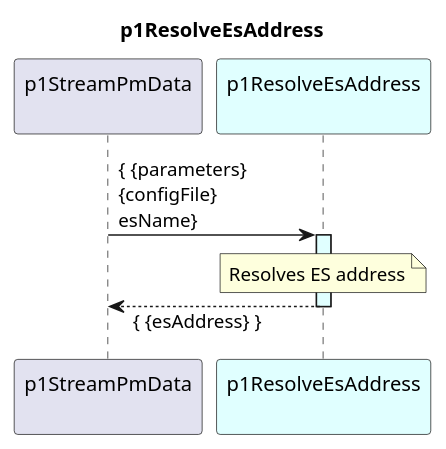
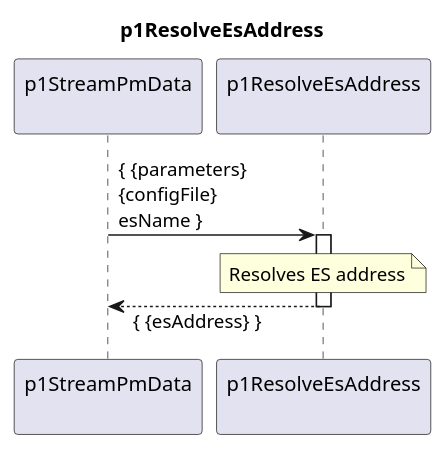
One commit to openBackhaul/DevicePerformanceManagementDataProcessor changed the diagram in spec/Functions/p1StreamPmData/p1ResolveEsAddress/1.0.0/p1ResolveEsAddress.plantuml. Above: the diagram before and after it, drawn with PlantUML. The commit also changed 13 other files, not shown here.

```diff
--- a/spec/Functions/p1StreamPmData/p1ResolveEsAddress/1.0.0/p1ResolveEsAddress.plantuml
+++ b/spec/Functions/p1StreamPmData/p1ResolveEsAddress/1.0.0/p1ResolveEsAddress.plantuml
@@ -1,19 +1,19 @@
 @startuml p1ResolveEsAddress
 skinparam responseMessageBelowArrow true
 
 title
   p1ResolveEsAddress
 end title
 
 participant "p1StreamPmData\n" as p1RMWDI
-participant "p1ResolveEsAddress\n" as p1REA #LightCyan
+participant "p1ResolveEsAddress\n" as p1REA
 
-  p1RMWDI -> p1REA : { {parameters}\n{configFile}\nesName}
-  activate p1REA #LightCyan
+  p1RMWDI -> p1REA : { {parameters}\n{configFile}\nesName }
+  activate p1REA
     note over p1REA
       Resolves ES address
     end note
   p1RMWDI <-- p1REA : { {esAddress} }
   deactivate p1REA
 
 @enduml
```
